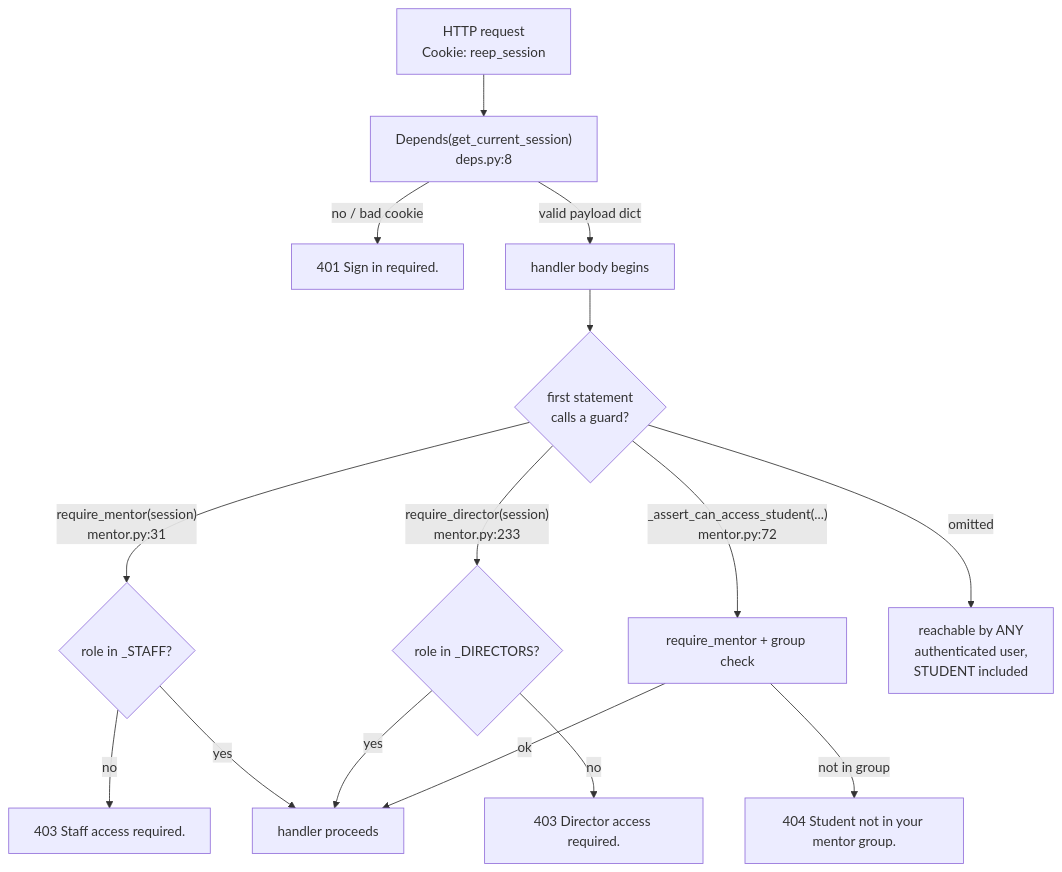
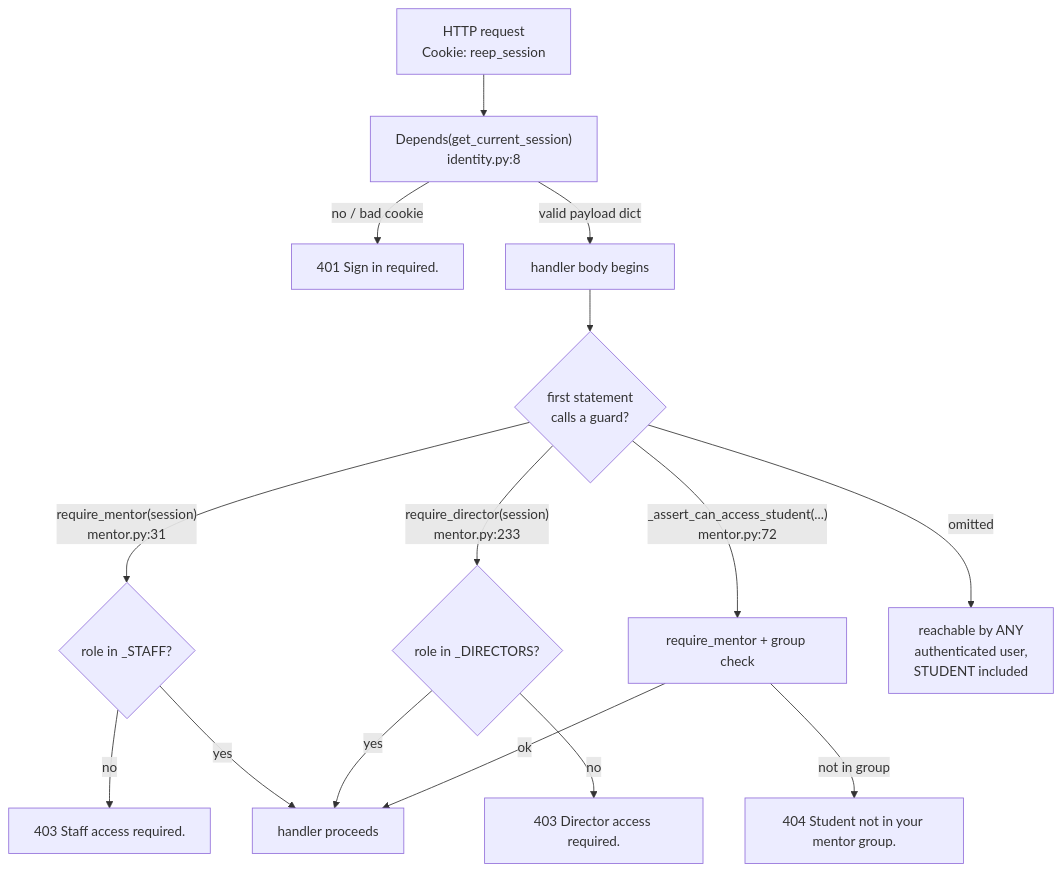
Before and after one commit to darshani8/reep-: the first of 4 diagrams in docs/codebase-mahabharath/07-api-staff.md, drawn with Mermaid. The commit also changed other lines of this file and 52 other files, not shown here.

````diff
--- a/docs/codebase-mahabharath/07-api-staff.md
+++ b/docs/codebase-mahabharath/07-api-staff.md
@@ -164,17 +164,17 @@
 ```mermaid
 flowchart TD
-    R["HTTP request<br/>Cookie: reep_session"] --> D["Depends(get_current_session)<br/>deps.py:8"]
+    R["HTTP request<br/>Cookie: reep_session"] --> D["Depends(get_current_session)<br/>identity.py:8"]
     D -->|"no / bad cookie"| E401["401 Sign in required."]
     D -->|"valid payload dict"| B["handler body begins"]
     B --> G{"first statement<br/>calls a guard?"}
     G -->|"require_mentor(session)<br/>mentor.py:31"| S{"role in _STAFF?"}
     G -->|"require_director(session)<br/>mentor.py:233"| T{"role in _DIRECTORS?"}
     G -->|"_assert_can_access_student(...)<br/>mentor.py:72"| U["require_mentor + group check"]
     G -->|"omitted"| OPEN["reachable by ANY<br/>authenticated user,<br/>STUDENT included"]
     S -->|no| E403a["403 Staff access required."]
     T -->|no| E403b["403 Director access required."]
     U -->|"not in group"| E404["404 Student not in your mentor group."]
     S -->|yes| OK["handler proceeds"]
     T -->|yes| OK
     U -->|ok| OK
 ```
````
